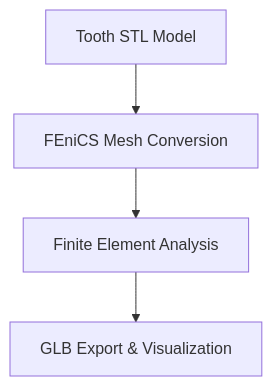
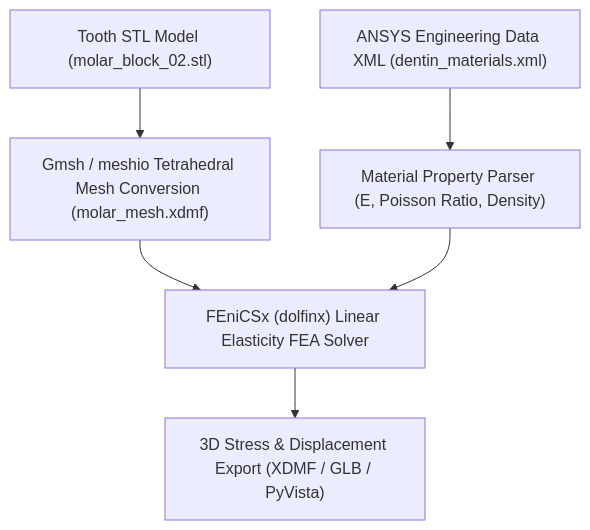
Before and after one commit to HyunchanAn/Dental_007: the diagram in README.md, drawn with Mermaid. The commit also changed other lines of this file and 14 other files, not shown here.

````diff
--- a/README.md
+++ b/README.md
@@ -12,6 +10,7 @@
 ```mermaid
 graph TD
-    A["Tooth STL Model"] --> B["FEniCS Mesh Conversion"]
-    B --> C["Finite Element Analysis"]
-    C --> D["GLB Export & Visualization"]
+    A["Tooth STL Model (molar_block_02.stl)"] --> B["Gmsh / meshio Tetrahedral Mesh Conversion (molar_mesh.xdmf)"]
+    C["ANSYS Engineering Data XML (dentin_materials.xml)"] --> D["Material Property Parser (E, Poisson Ratio, Density)"]
+    B & D --> E["FEniCSx (dolfinx) Linear Elasticity FEA Solver"]
+    E --> F["3D Stress & Displacement Export (XDMF / GLB / PyVista)"]
 ```
````
